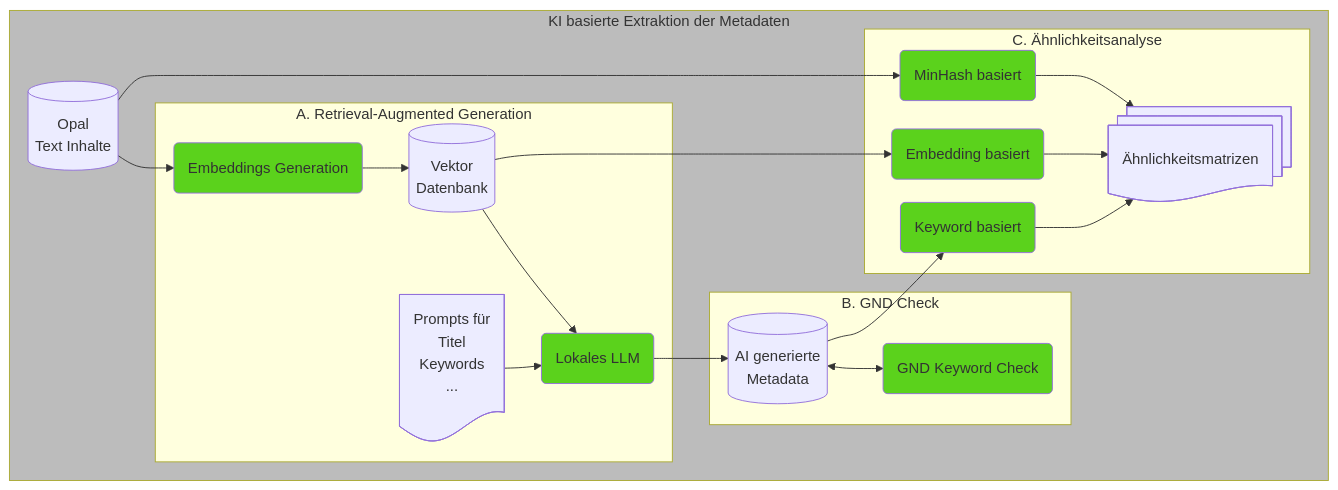
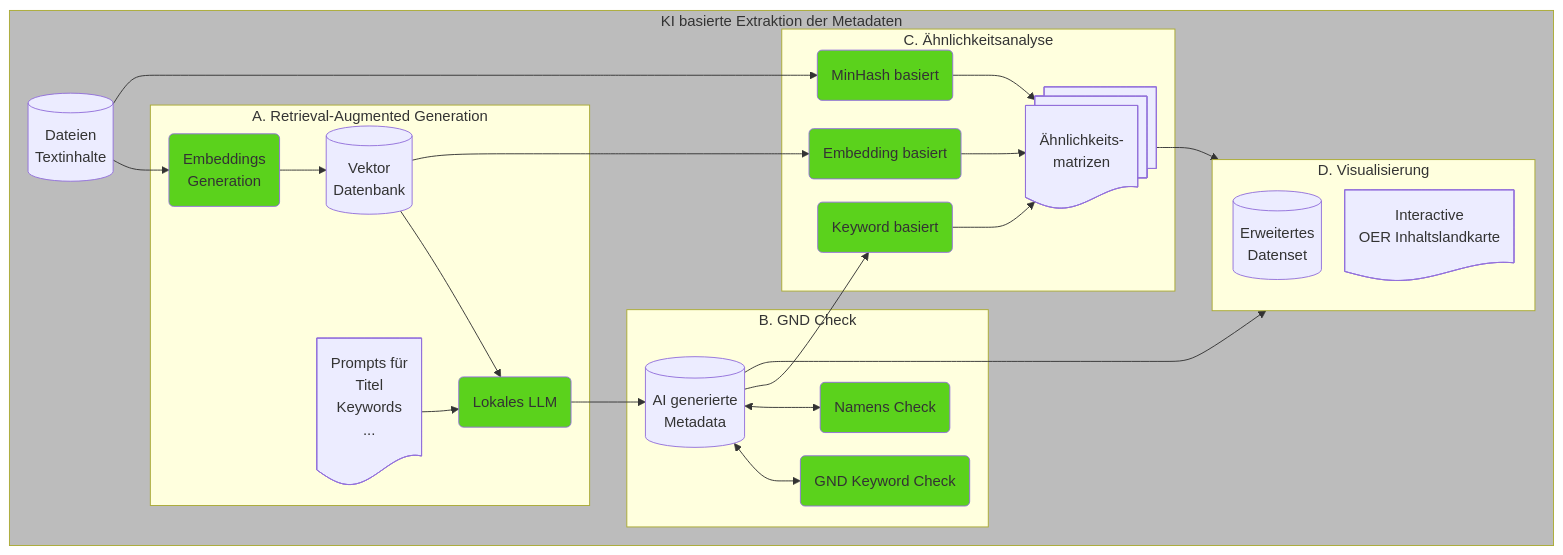
The second of 2 diagrams in README.md (TUBAF-IFI-ConnectedLecturer/Data_aggregation), drawn with Mermaid before and after one commit.

````diff
--- a/README.md
+++ b/README.md
@@ -115,48 +115,56 @@
 ```mermaid
 flowchart 
 %%{init:{'flowchart':{'nodeSpacing': 25, 'rankSpacing': 15}}}%%
 
     classDef green fill:#5bd21c
     classDef yellow fill:#ffd966
     classDef gray fill:#bcbcbc
     classDef white fill:#ffffff,stroke:#ffffff
     
     subgraph BASIC[KI&nbsp;basierte&nbsp;Extraktion&nbsp;der&nbsp;Metadaten]
-    OPAL_CONTENT[(Opal<br>Text Inhalte)]
-    OPAL_EMBEDDINGS(Embeddings Generation):::green
+    OPAL_CONTENT[(Dateien<br>Textinhalte)]
+    OPAL_EMBEDDINGS(Embeddings<br>Generation):::green
     OPAL_CONTENT --> OPAL_EMBEDDINGS
 
     subgraph RAG ["A.&nbsp;Retrieval‑Augmented&nbsp;Generation"]
     VECTOR_DB[(Vektor<br> Datenbank)]
     OPAL_EMBEDDINGS --> VECTOR_DB
     PROMPTS@{ shape: doc, label: "Prompts für <br> Titel<br> Keywords <br> ..." }
     LLM(Lokales LLM):::green
     VECTOR_DB --> LLM
     PROMPTS --> LLM
     end
 
     subgraph GND ["B. "GND Check]
     AI_METADATA[(AI generierte<br>Metadata)]
     LLM --> AI_METADATA
     GND_CHECK(GND Keyword Check):::green
+    NAME_CHECK(Namens Check):::green
     end
 
     subgraph SIMILARITY ["C. "Ähnlichkeitsanalyse]
     KEYWORD_SIM(Keyword basiert):::green
     EMBEDDING_SIM(Embedding basiert):::green
     MINHASH_SIM(MinHash basiert):::green
-    RESULT@{ shape: documents, label: "Ähnlichkeitsmatrizen" }
+    RESULT@{ shape: documents, label: "Ähnlichkeits-<br>matrizen" }
     MINHASH_SIM --> RESULT
     EMBEDDING_SIM--> RESULT
     KEYWORD_SIM--> RESULT
     end
+
+    subgraph VISUALIZATION ["D. "Visualisierung]
+    GRAPH[(Erweitertes<br> Datenset)]
+    MAP@{ shape: doc, label: "Interactive<br>OER Inhaltslandkarte" }
+    end
+
     AI_METADATA <--> GND_CHECK
+    AI_METADATA <--> NAME_CHECK
     OPAL_CONTENT --> MINHASH_SIM
     VECTOR_DB --> EMBEDDING_SIM
     AI_METADATA -->KEYWORD_SIM
+    AI_METADATA --> VISUALIZATION
+    RESULT --> VISUALIZATION
     end
-    class BASIC, gray
-
-
-    class Metadatenaggregation,Evaluation gray
+    
+    class BASIC,Metadatenaggregation,Evaluation gray
 ```
````
